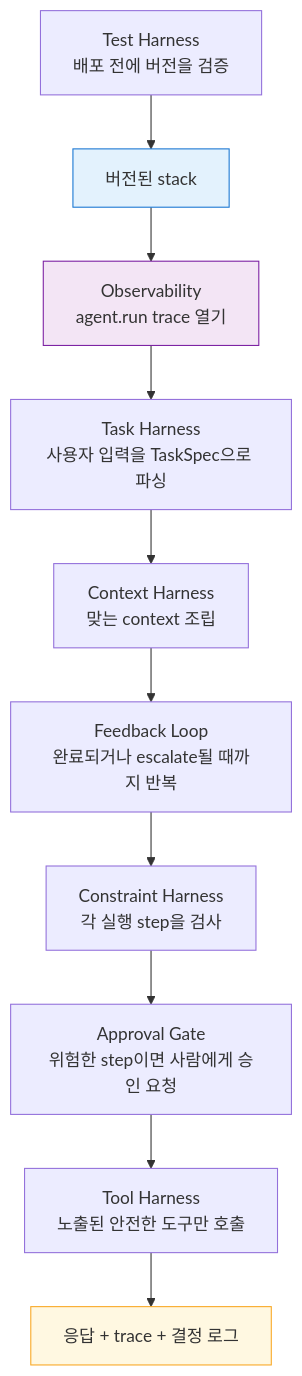
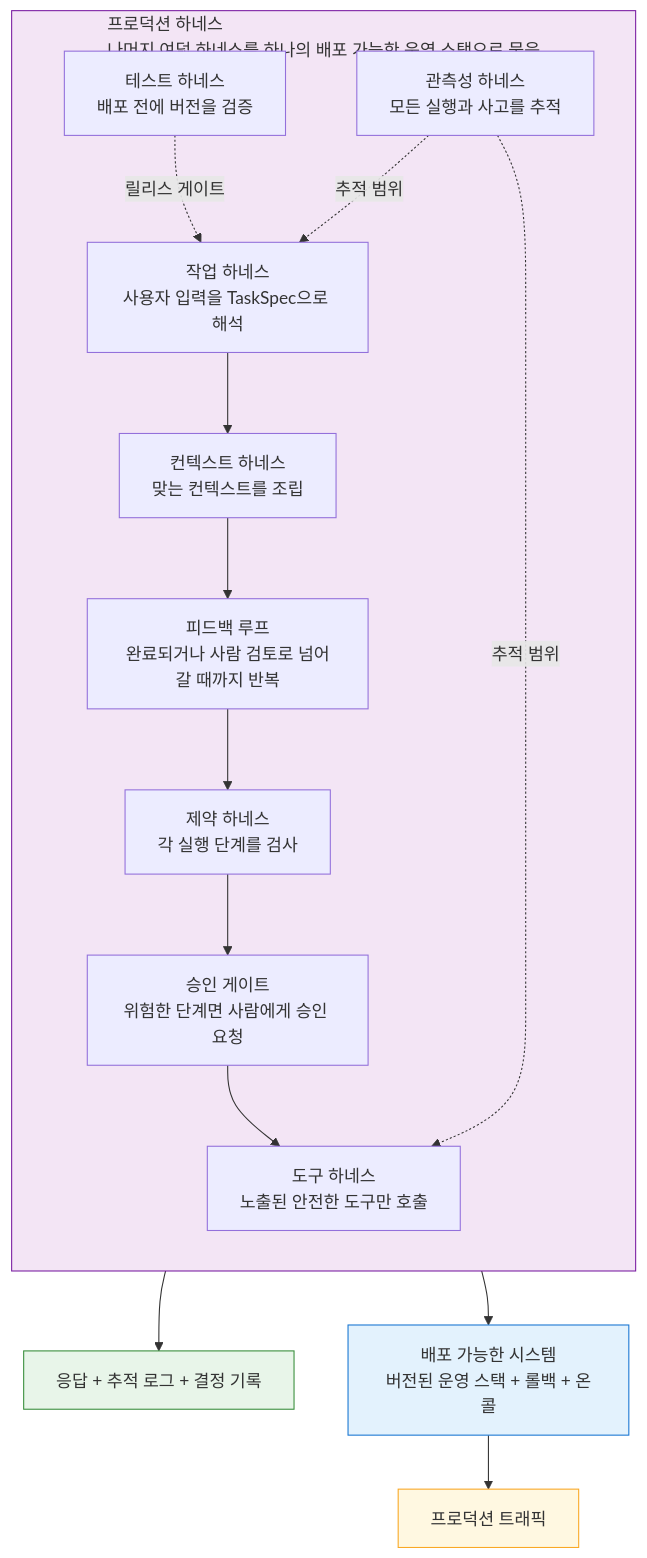
Before and after one commit to yeongseon-books/book-content: the diagram in assets/harness-engineering-101/10/10-02-how-the-nine-harnesses-fit-together.ko.mmd, drawn with Mermaid. The commit also changed 52 other files, not shown here.

```diff
--- a/assets/harness-engineering-101/10/10-02-how-the-nine-harnesses-fit-together.ko.mmd
+++ b/assets/harness-engineering-101/10/10-02-how-the-nine-harnesses-fit-together.ko.mmd
@@ -1,14 +1,23 @@
 flowchart TB
-    테스트["Test Harness\n배포 전에 버전을 검증"] --> 버전["버전된 stack"]
-    버전 --> 관측성["Observability\nagent.run trace 열기"]
-    관측성 --> 작업["Task Harness\n사용자 입력을 TaskSpec으로 파싱"]
-    작업 --> 컨텍스트["Context Harness\n맞는 context 조립"]
-    컨텍스트 --> 피드백["Feedback Loop\n완료되거나 escalate될 때까지 반복"]
-    피드백 --> 제약["Constraint Harness\n각 실행 step을 검사"]
-    제약 --> 승인["Approval Gate\n위험한 step이면 사람에게 승인 요청"]
-    승인 --> 도구["Tool Harness\n노출된 안전한 도구만 호출"]
-    도구 --> 결과["응답 + trace + 결정 로그"]
+    subgraph 프로덕션["프로덕션 하네스\n나머지 여덟 하네스를 하나의 배포 가능한 운영 스택으로 묶음"]
+        direction TB
+        테스트["테스트 하네스\n배포 전에 버전을 검증"]
+        관측성["관측성 하네스\n모든 실행과 사고를 추적"]
+        작업["작업 하네스\n사용자 입력을 TaskSpec으로 해석"] --> 컨텍스트["컨텍스트 하네스\n맞는 컨텍스트를 조립"]
+        컨텍스트 --> 피드백["피드백 루프\n완료되거나 사람 검토로 넘어갈 때까지 반복"]
+        피드백 --> 제약["제약 하네스\n각 실행 단계를 검사"]
+        제약 --> 승인["승인 게이트\n위험한 단계면 사람에게 승인 요청"]
+        승인 --> 도구["도구 하네스\n노출된 안전한 도구만 호출"]
+        테스트 -.릴리스 게이트.-> 작업
+        관측성 -.추적 범위.-> 작업
+        관측성 -.추적 범위.-> 도구
+    end
 
-    style 버전 fill:#e3f2fd,stroke:#1976d2
-    style 관측성 fill:#f3e5f5,stroke:#7b1fa2
-    style 결과 fill:#fff8e1,stroke:#f9a825
+    도구 --> 결과["응답 + 추적 로그 + 결정 기록"]
+    프로덕션 --> 배포시스템["배포 가능한 시스템\n버전된 운영 스택 + 롤백 + 온콜"]
+    배포시스템 --> 트래픽["프로덕션 트래픽"]
+
+    style 프로덕션 fill:#f3e5f5,stroke:#7b1fa2
+    style 배포시스템 fill:#e3f2fd,stroke:#1976d2
+    style 결과 fill:#e8f5e9,stroke:#388e3c
+    style 트래픽 fill:#fff8e1,stroke:#f9a825
```
